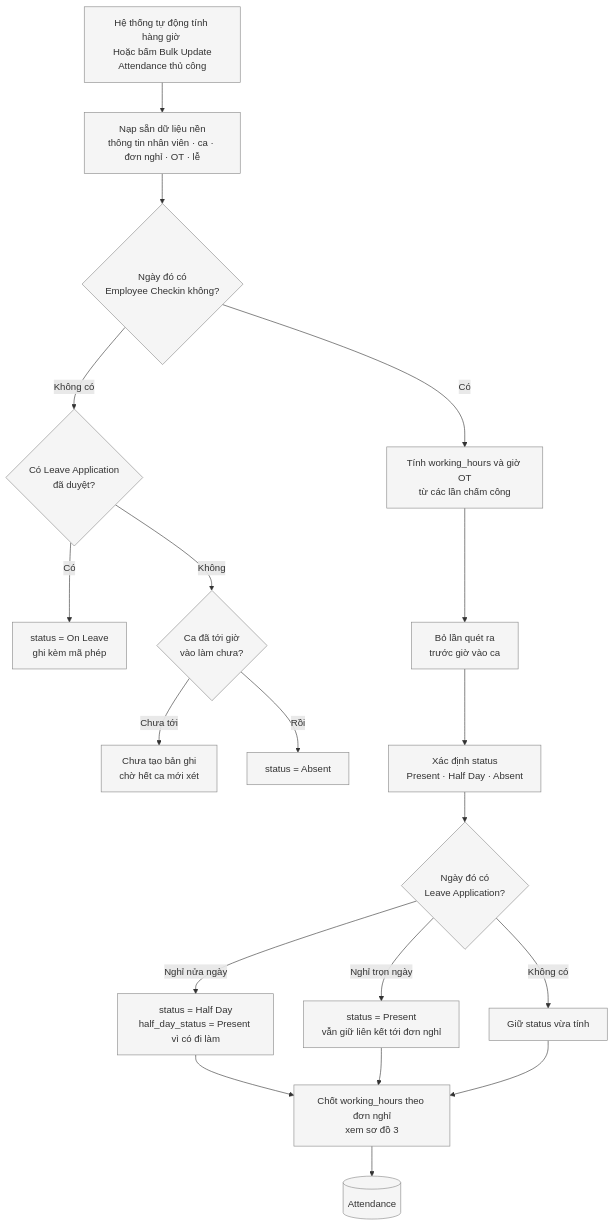
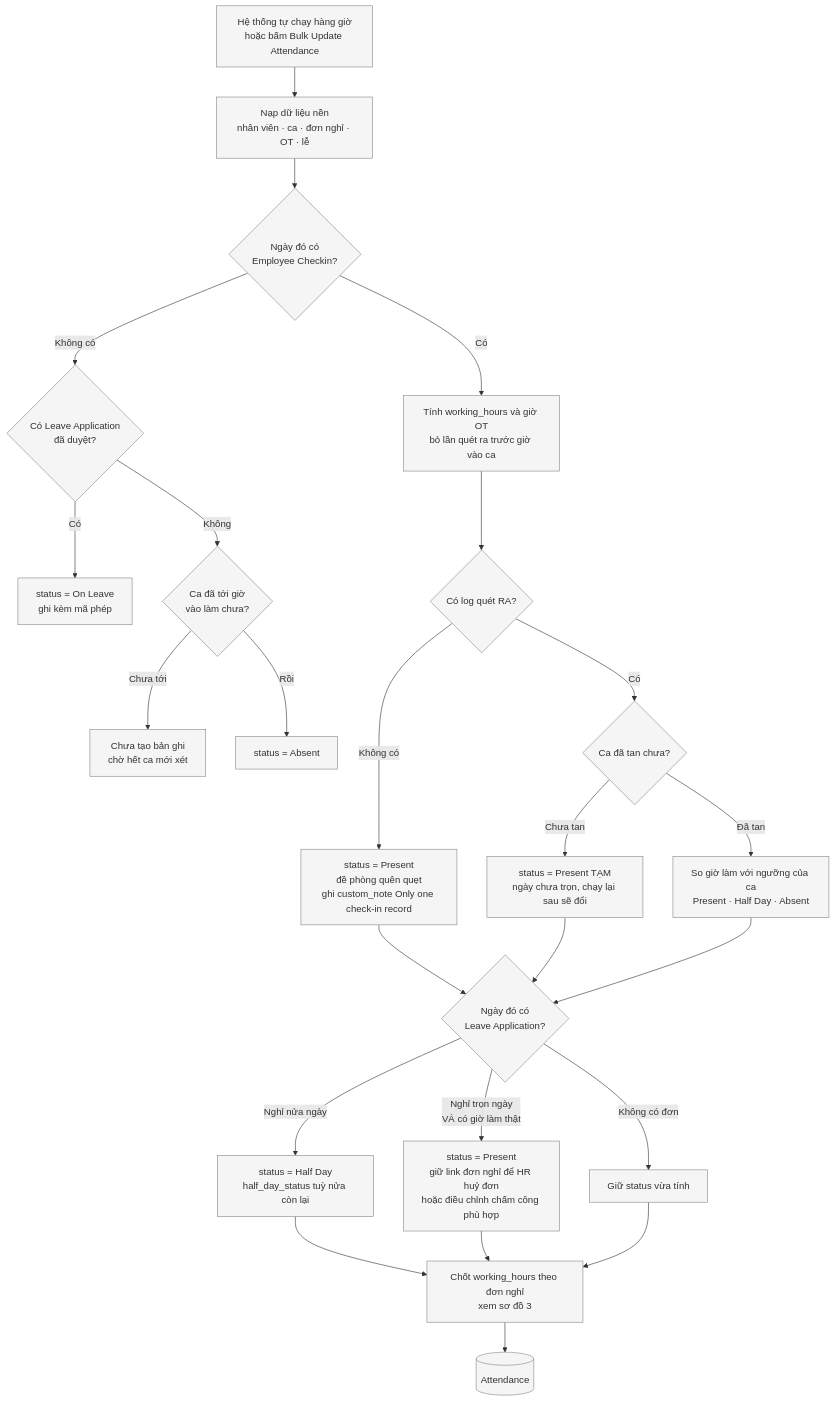
One commit to nguyenson-toray/customize_erpnext changed the second of 8 diagrams in customize_erpnext/docs/flowchart/payroll.md. Above: the diagram before and after it, drawn with Mermaid. The commit also changed other lines of this file and 3 other files, not shown here.

First line of the commit message:
fix(attendance): has_checkin phải là ĐÃ LÀM THẬT, không phải "có dấu vết quét"

````diff
--- a/customize_erpnext/docs/flowchart/payroll.md
+++ b/customize_erpnext/docs/flowchart/payroll.md
@@ -51,23 +51,31 @@
 ```mermaid
 flowchart TD
     classDef default fill:#F5F5F5,stroke:#888888,color:#333333;
 
-    A[Hệ thống tự động tính hàng giờ <br/> Hoặc bấm Bulk Update Attendance thủ công] --> B[Nạp sẵn dữ liệu nền<br/>thông tin nhân viên · ca · đơn nghỉ · OT · lễ]
-    B --> C{Ngày đó có<br/>Employee Checkin không?}
+    A[Hệ thống tự chạy hàng giờ<br/>hoặc bấm Bulk Update Attendance] --> B[Nạp dữ liệu nền<br/>nhân viên · ca · đơn nghỉ · OT · lễ]
+    B --> C{Ngày đó có<br/>Employee Checkin?}
+
     C -->|Không có| D{Có Leave Application<br/>đã duyệt?}
     D -->|Có| E[status = On Leave<br/>ghi kèm mã phép]
     D -->|Không| F{Ca đã tới giờ<br/>vào làm chưa?}
     F -->|Chưa tới| G[Chưa tạo bản ghi<br/>chờ hết ca mới xét]
     F -->|Rồi| H[status = Absent]
-    C -->|Có| I[Tính working_hours và giờ OT<br/>từ các lần chấm công]
-    I --> J[Bỏ lần quét ra<br/>trước giờ vào ca]
-    J --> K[Xác định status<br/>Present · Half Day · Absent]
-    K --> L{Ngày đó có<br/>Leave Application?}
-    L -->|Nghỉ nửa ngày| M[status = Half Day<br/>half_day_status = Present vì có đi làm]
-    L -->|Nghỉ trọn ngày| N[status = Present<br/>vẫn giữ liên kết tới đơn nghỉ]
-    L -->|Không có| O[Giữ status vừa tính]
+
+    C -->|Có| I[Tính working_hours và giờ OT<br/>bỏ lần quét ra trước giờ vào ca]
+    I --> J{Có log quét RA?}
+    J -->|Không có| K1[status = Present<br/>đề phòng quên quẹt<br/>ghi custom_note Only one check-in record]
+    J -->|Có| K{Ca đã tan chưa?}
+    K -->|Chưa tan| K2[status = Present TẠM<br/>ngày chưa trọn, chạy lại sau sẽ đổi]
+    K -->|Đã tan| K3[So giờ làm với ngưỡng của ca<br/>Present · Half Day · Absent]
+
+    K1 --> L{Ngày đó có<br/>Leave Application?}
+    K2 --> L
+    K3 --> L
+    L -->|Nghỉ nửa ngày| M[status = Half Day<br/>half_day_status tuỳ nửa còn lại]
+    L -->|Nghỉ trọn ngày<br/>VÀ có giờ làm thật| N[status = Present<br/>giữ link đơn nghỉ để HR huỷ đơn<br/>hoặc điều chỉnh chấm công phù hợp]
+    L -->|Không có đơn| O[Giữ status vừa tính]
     M --> P[Chốt working_hours theo đơn nghỉ<br/>xem sơ đồ 3]
     N --> P
     O --> P
     P --> Q[(Attendance)]
 ```
````
